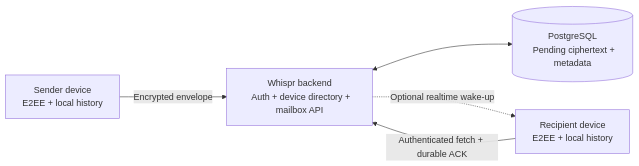
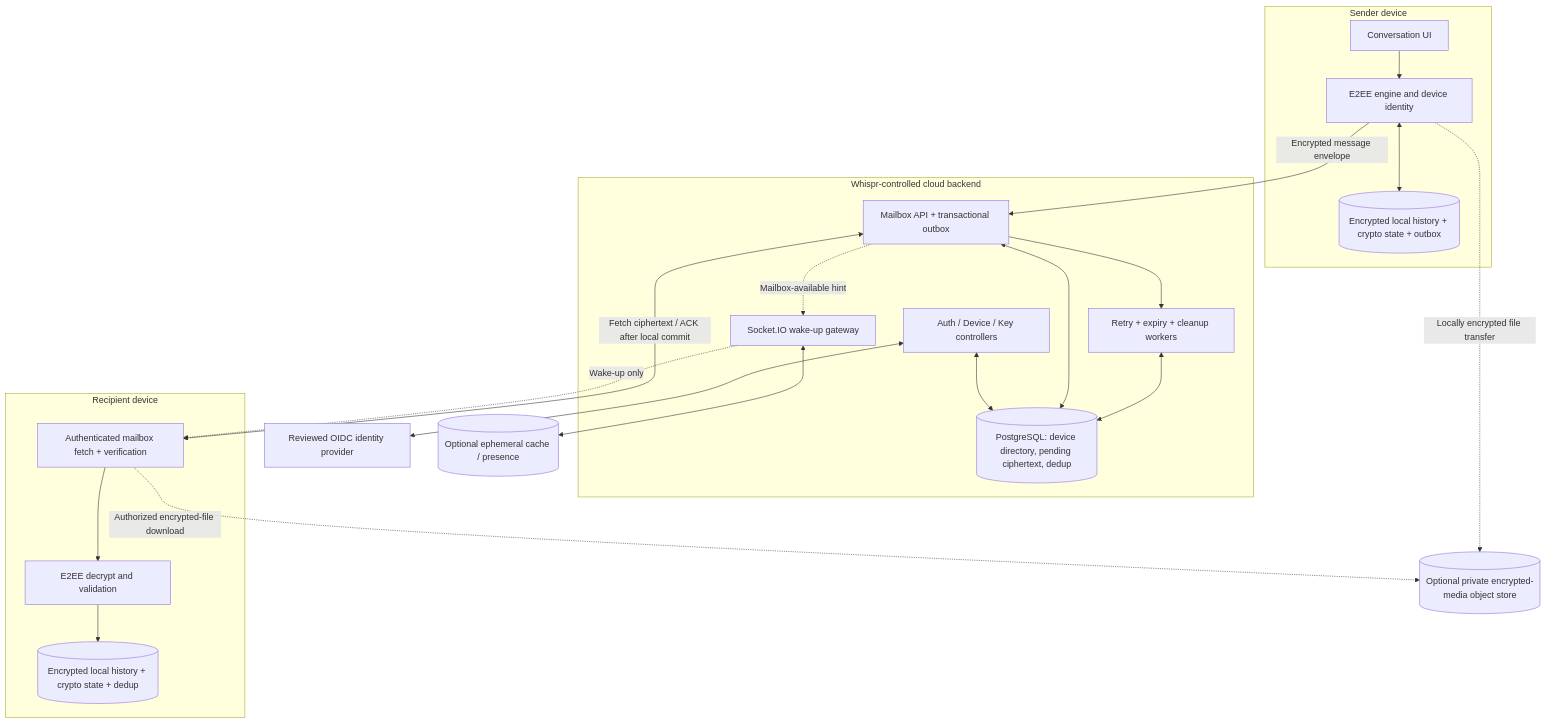
Before and after one commit to utksh1/Whispr: the diagram in README.md, drawn with Mermaid. The commit also changed other lines of this file, not shown here.

Commit message:
docs: expand product README with architecture, security, lifecycle and developer guide

````diff
--- a/README.md
+++ b/README.md
@@ -26,16 +92,41 @@
 ```mermaid
-flowchart LR
-  A["Sender device
-  E2EE + local history"]
-  API["Whispr backend
-  Auth + device directory + mailbox API"]
-  PG[("PostgreSQL
-  Pending ciphertext + metadata")]
-  B["Recipient device
-  E2EE + local history"]
+flowchart TB
+  subgraph CLIENT_A["Sender device"]
+    UIA["Conversation UI"]
+    CRYPTOA["E2EE engine and device identity"]
+    LOCAL_A[("Encrypted local history + crypto state + outbox")]
+    UIA --> CRYPTOA <--> LOCAL_A
+  end
 
-  A -->|"Encrypted envelope"| API
-  API <--> PG
-  B -->|"Authenticated fetch + durable ACK"| API
-  API -. "Optional realtime wake-up" .-> B
+  subgraph CLOUD["Whispr-controlled cloud backend"]
+    AUTH["Auth / Device / Key controllers"]
+    MAIL["Mailbox API + transactional outbox"]
+    WS["Socket.IO wake-up gateway"]
+    WORKER["Retry + expiry + cleanup workers"]
+    PG[("PostgreSQL: device directory, pending ciphertext, dedup")]
+    AUTH <--> PG
+    MAIL <--> PG
+    MAIL --> WORKER
+    WORKER <--> PG
+    MAIL -. "Mailbox-available hint" .-> WS
+  end
+
+  OIDC["Reviewed OIDC identity provider"]
+  KV[("Optional ephemeral cache / presence")]
+  R2[("Optional private encrypted-media object store")]
+
+  subgraph CLIENT_B["Recipient device"]
+    FETCH["Authenticated mailbox fetch + verification"]
+    CRYPTOB["E2EE decrypt and validation"]
+    LOCAL_B[("Encrypted local history + crypto state + dedup")]
+    FETCH --> CRYPTOB --> LOCAL_B
+  end
+
+  CRYPTOA -->|"Encrypted message envelope"| MAIL
+  AUTH <--> OIDC
+  WS <--> KV
+  WS -. "Wake-up only" .-> FETCH
+  FETCH <-->|"Fetch ciphertext / ACK after local commit"| MAIL
+  CRYPTOA -. "Locally encrypted file transfer" .-> R2
+  FETCH -. "Authorized encrypted-file download" .-> R2
 ```
````
